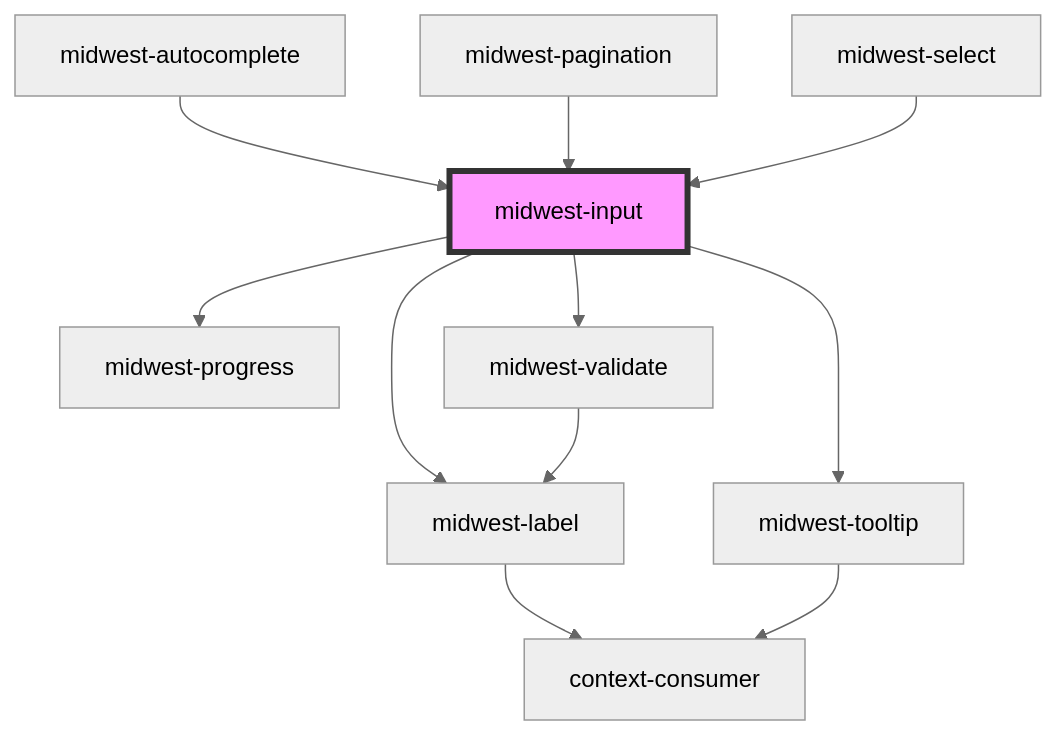
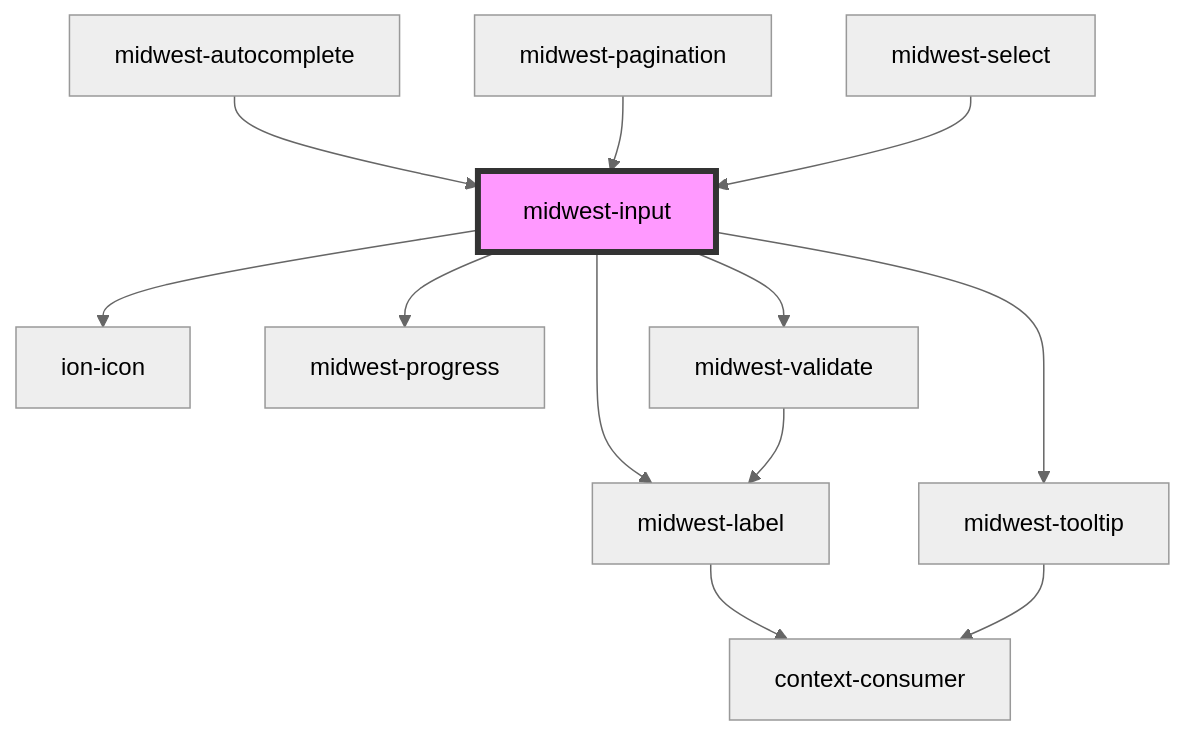
Before and after one commit to splitinfinities/Midwest: the diagram in packages/core/docs/components/forms/input/readme.md, drawn with Mermaid (neutral theme). The commit also changed other lines of this file and 388 other files, not shown here.

````diff
--- a/packages/core/docs/components/forms/input/readme.md
+++ b/packages/core/docs/components/forms/input/readme.md
@@ -134,14 +135,15 @@
 ```mermaid
 graph TD;
   midwest-input --> midwest-label
+  midwest-input --> ion-icon
   midwest-input --> midwest-progress
   midwest-input --> midwest-tooltip
   midwest-input --> midwest-validate
   midwest-label --> context-consumer
   midwest-tooltip --> context-consumer
   midwest-validate --> midwest-label
   midwest-autocomplete --> midwest-input
   midwest-pagination --> midwest-input
   midwest-select --> midwest-input
   style midwest-input fill:#f9f,stroke:#333,stroke-width:4px
 ```
````
